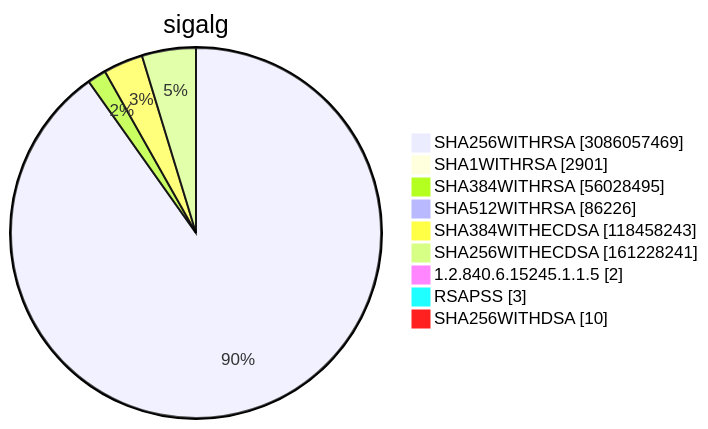
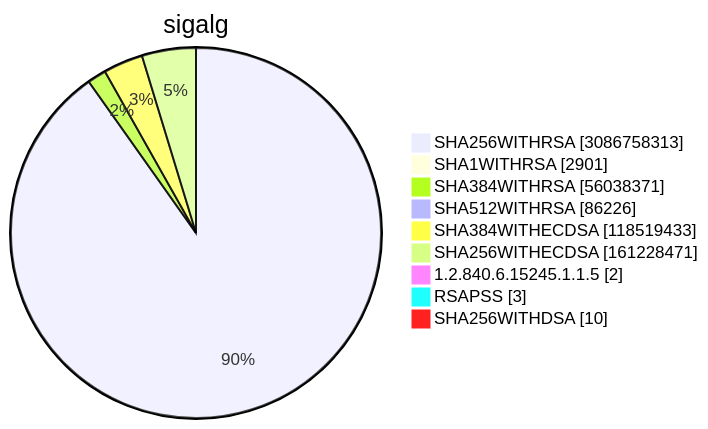
Before and after one commit to christiankrug/ctmonitor_visualization: diagram 15 of 15 in TOTAL/README.md, drawn with Mermaid. The commit also changed other lines of this file, not shown here.

````diff
--- a/TOTAL/README.md
+++ b/TOTAL/README.md
@@ -6210,13 +6210,13 @@
 ```mermaid
 pie showData
 title sigalg
-"SHA256WITHRSA" :3086057469
+"SHA256WITHRSA" :3086758313
 "SHA1WITHRSA" :2901
-"SHA384WITHRSA" :56028495
+"SHA384WITHRSA" :56038371
 "SHA512WITHRSA" :86226
-"SHA384WITHECDSA" :118458243
-"SHA256WITHECDSA" :161228241
+"SHA384WITHECDSA" :118519433
+"SHA256WITHECDSA" :161228471
 "1.2.840.6.15245.1.1.5" :2
 "RSAPSS" :3
 "SHA256WITHDSA" :10
 ```
````
